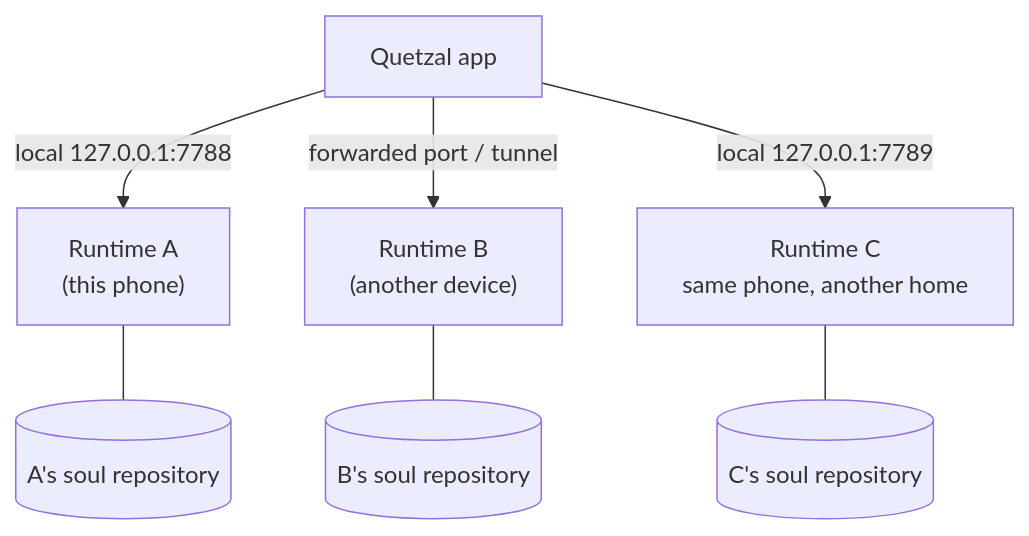
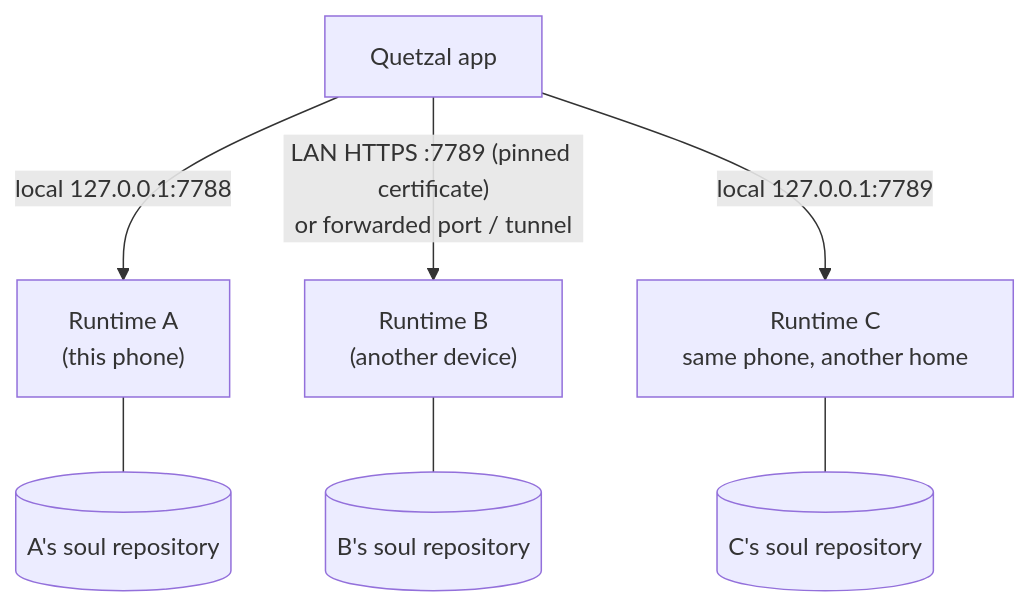
Before and after one commit to Causally-XYZ/Project.Quetzal: the diagram in website/content/docs/en/guide/multi-agent.md, drawn with Mermaid. The commit also changed other lines of this file and 43 other files, not shown here.

Commit message:
局域网加密：运行基座在局域网上只提供 HTTPS / WSS（自签名证书，端口 7789），明文 HTTP 只留在本机回环；配对用 PBKDF2 证明代替明文配对码，绑定看到的证书指纹，中间人拿不到配对码也冒充不了证书；App 配对后钉住证书（含图片、上传与听觉服务）；quetzal status 显示加密地址与指纹；证书用 @peculiar/asn1 编码、node:crypto 签名

````diff
--- a/website/content/docs/en/guide/multi-agent.md
+++ b/website/content/docs/en/guide/multi-agent.md
@@ -10,10 +10,10 @@
 ```mermaid
 flowchart TB
   APP["Quetzal app"]
   APP -- "local 127.0.0.1:7788" --> A["Runtime A<br/>(this phone)"]
-  APP -- "forwarded port / tunnel" --> B["Runtime B<br/>(another device)"]
+  APP -- "LAN HTTPS :7789 (pinned certificate)<br/>or forwarded port / tunnel" --> B["Runtime B<br/>(another device)"]
   APP -- "local 127.0.0.1:7789" --> C["Runtime C<br/>same phone, another home"]
   A --- SA[("A's soul repository")]
   B --- SB[("B's soul repository")]
   C --- SC[("C's soul repository")]
 ```
````
